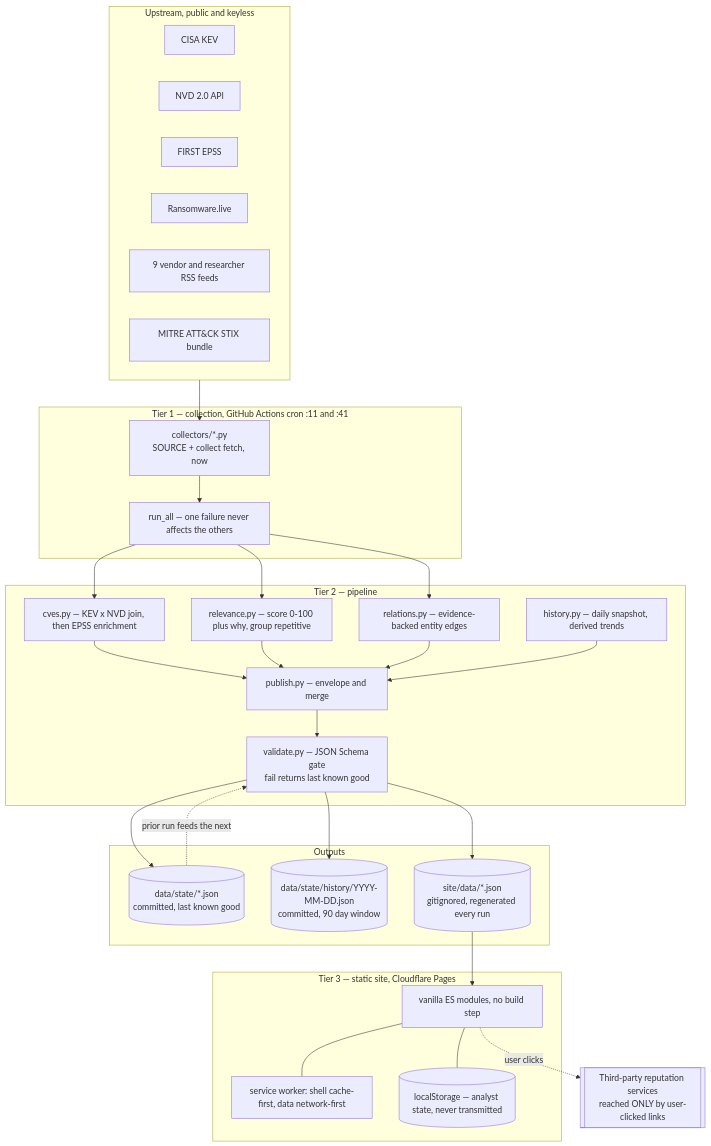
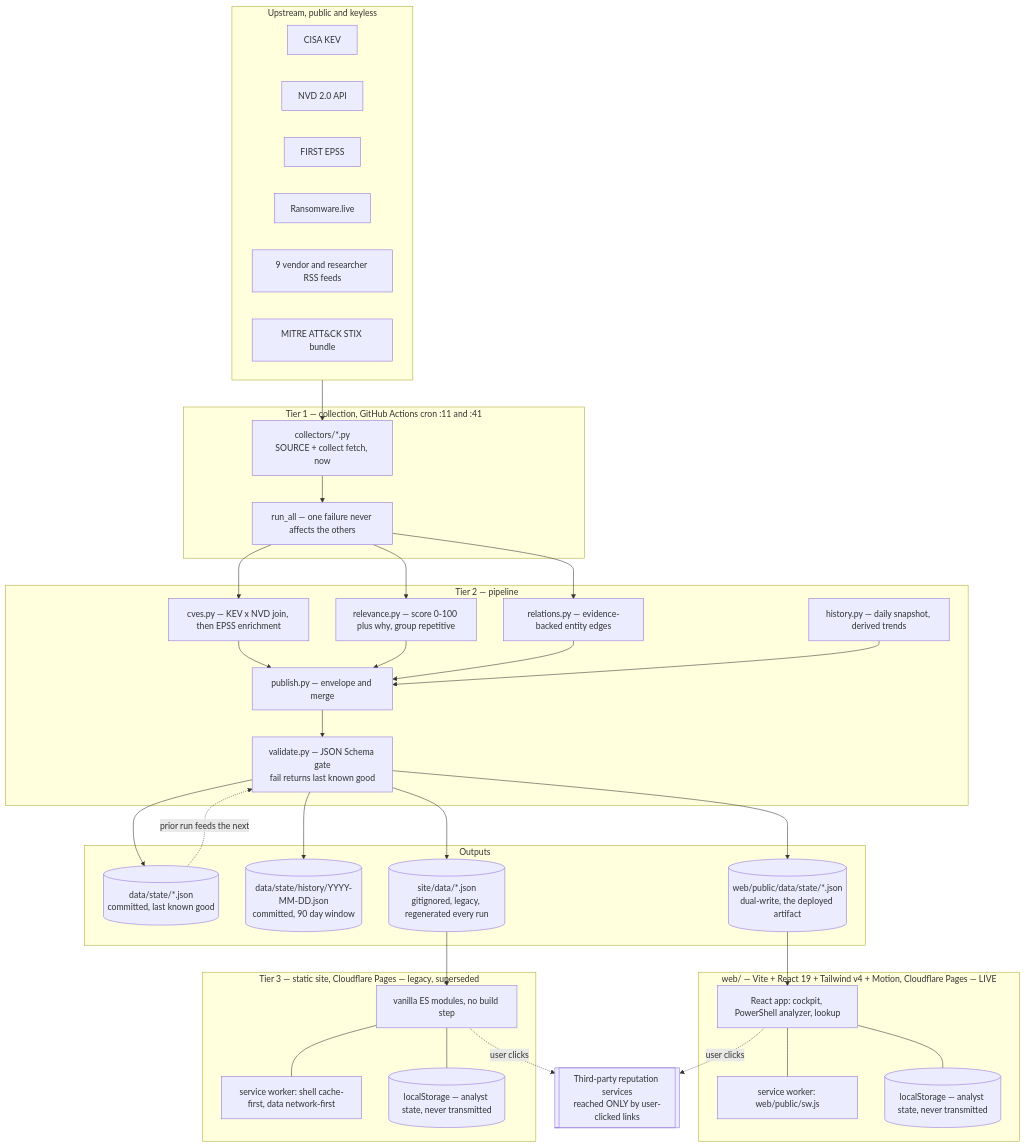
The diagram in docs/ARCHITECTURE.md (SaltyCarl/socdesk), drawn with Mermaid before and after one commit. The commit also changed other lines of this file and 9 other files, not shown here.

First line of the commit message:
docs: scope the doc set to the current web/ app, kill site/-as-current traps

````diff
--- a/docs/ARCHITECTURE.md
+++ b/docs/ARCHITECTURE.md
@@ -49,57 +49,69 @@
 ```mermaid
 flowchart TB
   subgraph up[Upstream, public and keyless]
     KEV[CISA KEV]
     NVD[NVD 2.0 API]
     EPSS[FIRST EPSS]
     RL[Ransomware.live]
     RSS[9 vendor and researcher RSS feeds]
     ATK["MITRE ATT&CK STIX bundle"]
   end
 
   subgraph t1[Tier 1 — collection, GitHub Actions cron :11 and :41]
     C[collectors/*.py<br/>SOURCE + collect fetch, now]
     RA[run_all — one failure never affects the others]
     C --> RA
   end
 
   subgraph t2[Tier 2 — pipeline]
     JOIN[cves.py — KEV x NVD join, then EPSS enrichment]
     SCORE[relevance.py — score 0-100 plus why, group repetitive]
     REL[relations.py — evidence-backed entity edges]
     HIST[history.py — daily snapshot, derived trends]
     PUB[publish.py — envelope and merge]
     GATE[validate.py — JSON Schema gate<br/>fail returns last known good]
     JOIN --> PUB --> GATE
     SCORE --> PUB
     REL --> PUB
     HIST --> PUB
   end
 
   subgraph out[Outputs]
     STATE[(data/state/*.json<br/>committed, last known good)]
     HISTD[(data/state/history/YYYY-MM-DD.json<br/>committed, 90 day window)]
-    SITE[(site/data/*.json<br/>gitignored, regenerated every run)]
+    WEBSTATE[(web/public/data/state/*.json<br/>dual-write, the deployed artifact)]
+    SITE[(site/data/*.json<br/>gitignored, legacy, regenerated every run)]
   end
 
-  subgraph t3[Tier 3 — static site, Cloudflare Pages]
+  subgraph tweb[web/ — Vite + React 19 + Tailwind v4 + Motion, Cloudflare Pages — LIVE]
+    APPW[React app: cockpit, PowerShell analyzer, lookup]
+    SWW[service worker: web/public/sw.js]
+    LSW[(localStorage — analyst state, never transmitted)]
+    APPW --- SWW
+    APPW --- LSW
+  end
+
+  subgraph t3[Tier 3 — static site, Cloudflare Pages — legacy, superseded]
     APP[vanilla ES modules, no build step]
     SW[service worker: shell cache-first, data network-first]
     LS[(localStorage — analyst state, never transmitted)]
     APP --- SW
     APP --- LS
   end
 
   PIV[[Third-party reputation services<br/>reached ONLY by user-clicked links]]
 
   up --> C
   RA --> JOIN
   RA --> SCORE
   RA --> REL
   GATE --> STATE
   GATE --> SITE
   GATE --> HISTD
+  GATE --> WEBSTATE
   STATE -. prior run feeds the next .-> GATE
+  WEBSTATE --> APPW
   SITE --> APP
+  APPW -. user clicks .-> PIV
   APP -. user clicks .-> PIV
 ```
````
